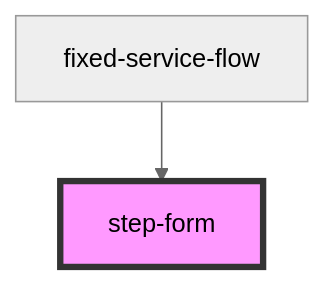
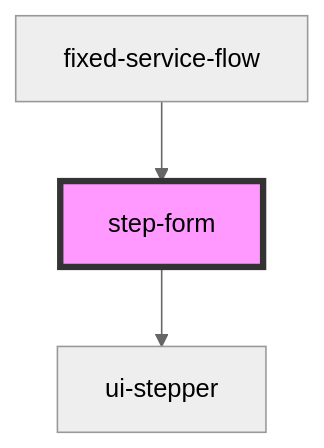
Before and after one commit to smlzjosue/fixed-service-flow-web-component: the diagram in fixed-flow-labs/fixed-service-flow/src/components/steps/step-form/readme.md, drawn with Mermaid (neutral theme). The commit also changed other lines of this file and 45 other files, not shown here.

````diff
--- a/fixed-flow-labs/fixed-service-flow/src/components/steps/step-form/readme.md
+++ b/fixed-flow-labs/fixed-service-flow/src/components/steps/step-form/readme.md
@@ -23,5 +27,6 @@
 ```mermaid
 graph TD;
+  step-form --> ui-stepper
   fixed-service-flow --> step-form
   style step-form fill:#f9f,stroke:#333,stroke-width:4px
 ```
````
